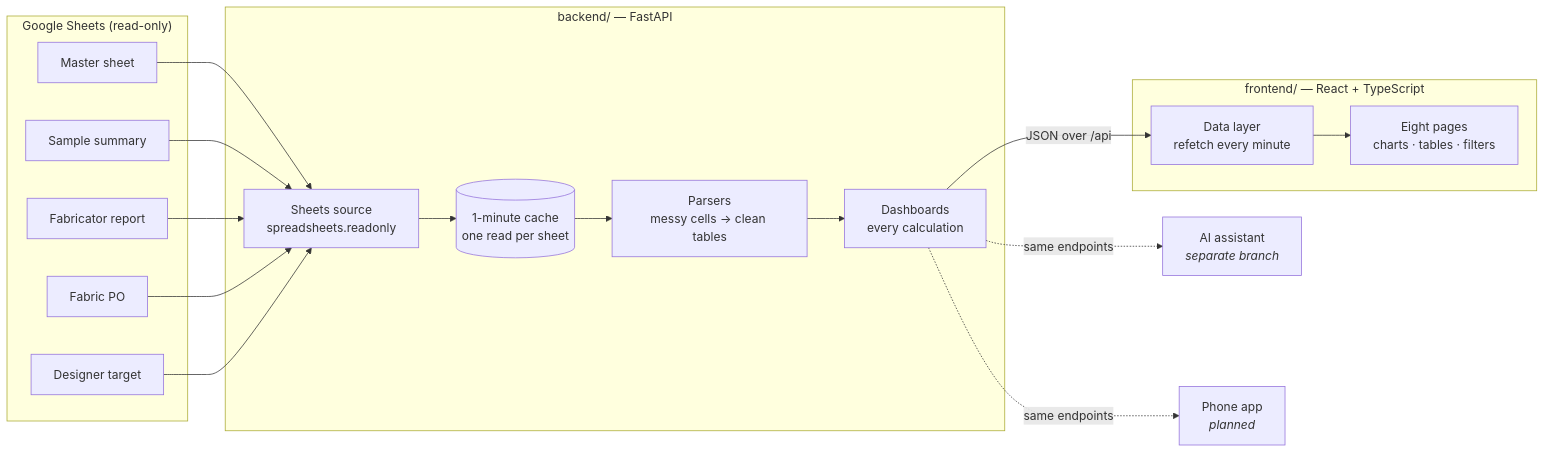
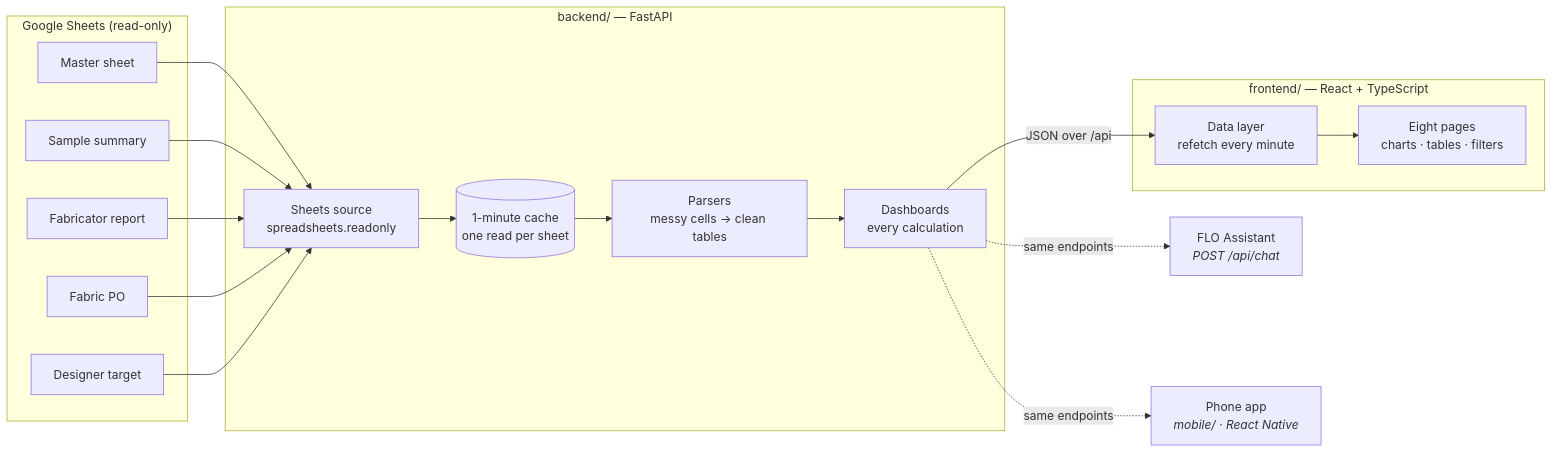
The diagram in README.md (akshatparashar/flo-dashboard), drawn with Mermaid before and after one commit. The commit also changed other lines of this file and 2 other files, not shown here.

First line of the commit message:
Docs: Vercel deploy and phone app; harden two e2e tests for real data

````diff
--- a/README.md
+++ b/README.md
@@ -125,27 +125,27 @@
 ```mermaid
 flowchart LR
     subgraph Google["Google Sheets (read-only)"]
         A[Master sheet]
         B[Sample summary]
         C[Fabricator report]
         D[Fabric PO]
         E[Designer target]
     end
 
     subgraph API["backend/ — FastAPI"]
         S[Sheets source<br/>spreadsheets.readonly]
         K[(1-minute cache<br/>one read per sheet)]
         P[Parsers<br/>messy cells → clean tables]
         X[Dashboards<br/>every calculation]
     end
 
     subgraph Web["frontend/ — React + TypeScript"]
         Q[Data layer<br/>refetch every minute]
         U[Eight pages<br/>charts · tables · filters]
     end
 
     A & B & C & D & E --> S --> K --> P --> X
     X -- "JSON over /api" --> Q --> U
-    X -. "same endpoints" .-> AI[AI assistant<br/><i>separate branch</i>]
-    X -. "same endpoints" .-> RN[Phone app<br/><i>planned</i>]
+    X -. "same endpoints" .-> AI[FLO Assistant<br/><i>POST /api/chat</i>]
+    X -. "same endpoints" .-> RN[Phone app<br/><i>mobile/ · React Native</i>]
 ```
````
